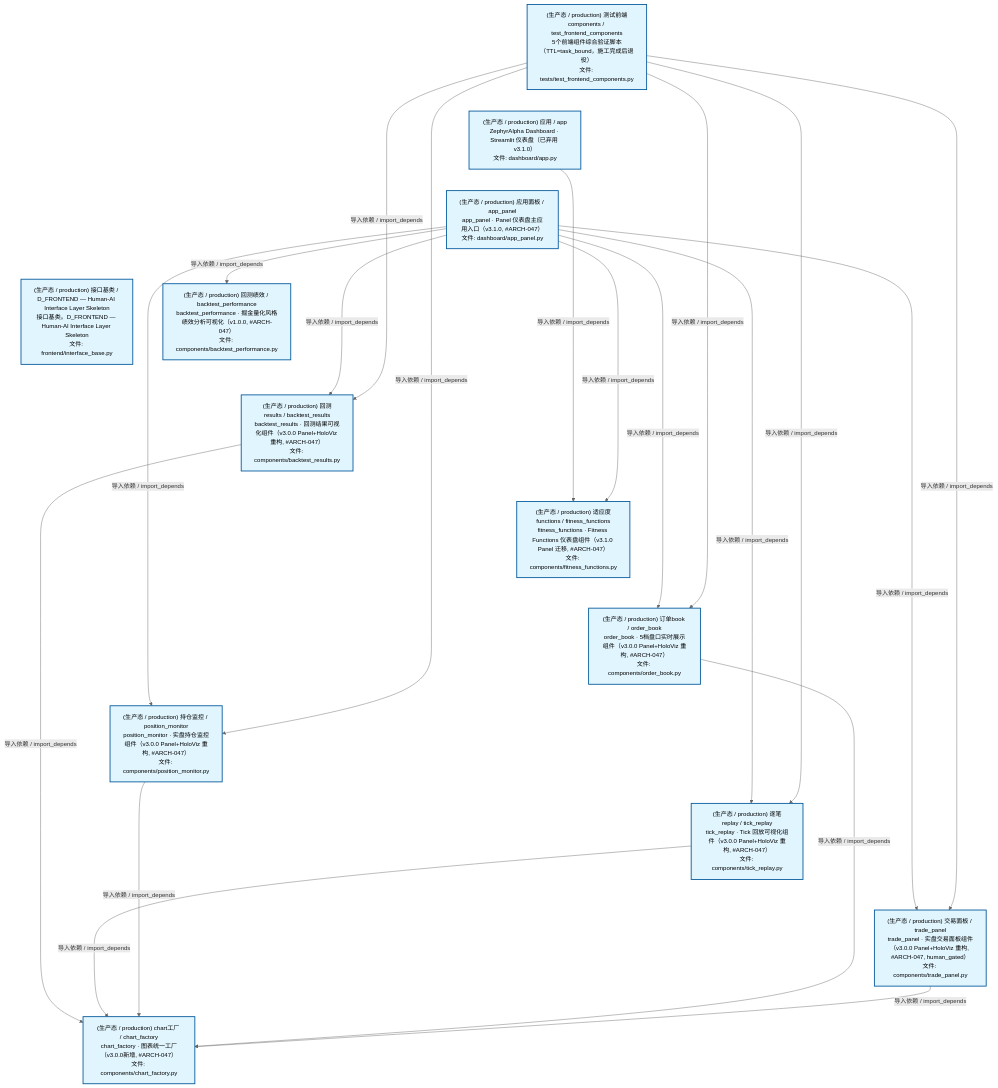
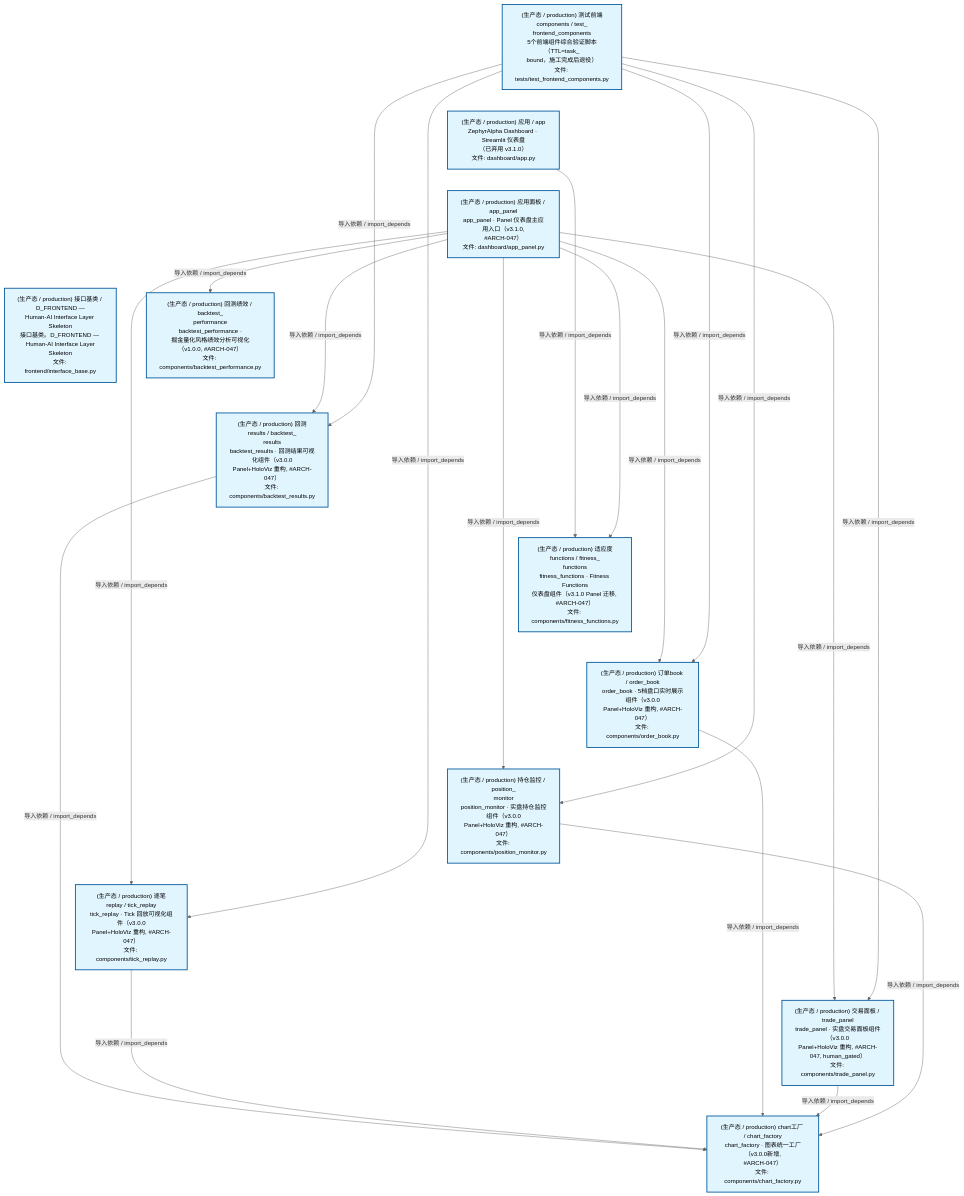
One commit to xuanFelixVan/ZephyrAlpha changed the second of 4 diagrams in docs/02_enterprise_architecture/02_domain_architecture_docs/47_d_frontend.md. Above: the diagram before and after it, drawn with Mermaid. The commit also changed other lines of this file and 61 other files, not shown here.

````diff
--- a/docs/02_enterprise_architecture/02_domain_architecture_docs/47_d_frontend.md
+++ b/docs/02_enterprise_architecture/02_domain_architecture_docs/47_d_frontend.md
@@ -124,48 +124,48 @@
 ```mermaid
 %%{init: {'theme': 'base', 'themeVariables': {'primaryColor': '#eaeaea', 'primaryTextColor': '#333333', 'primaryBorderColor': '#666666', 'lineColor': '#666666', 'secondaryColor': '#eaeaea', 'tertiaryColor': '#eaeaea', 'fontSize': '14px'}}}%%
 flowchart TD
-    scripts_tests_test_frontend_components_py["(生产态 / production) 测试前端components / test_frontend_components<br/>5个前端组件综合验证脚本（TTL=task_bound，施工完成后退役）<br/>文件: tests/test_frontend_components.py"]
-    src_zephyr_frontend_dashboard_app_py["(生产态 / production) 应用 / app<br/>ZephyrAlpha Dashboard · Streamlit 仪表盘（已弃用 v3.1.0）<br/>文件: dashboard/app.py"]
-    src_zephyr_frontend_dashboard_app_panel_py["(生产态 / production) 应用面板 / app_panel<br/>app_panel · Panel 仪表盘主应用入口（v3.1.0, #ARCH-047）<br/>文件: dashboard/app_panel.py"]
-    src_zephyr_frontend_interface_base_py["(生产态 / production) 接口基类 / D_FRONTEND — Human-AI Interface Layer Skeleton<br/>接口基类。D_FRONTEND — Human-AI Interface Layer Skeleton<br/>文件: frontend/interface_base.py"]
+    scripts_tests_test_frontend_components_py["(生产态 / production) 测试前端components / test_<br/>frontend_components<br/>5个前端组件综合验证脚本（TTL=task_<br/>bound，施工完成后退役）<br/>文件: tests/test_frontend_components.py"]
+    src_zephyr_frontend_dashboard_app_py["(生产态 / production) 应用 / app<br/>ZephyrAlpha Dashboard · Streamlit 仪表盘<br/>（已弃用 v3.1.0）<br/>文件: dashboard/app.py"]
+    src_zephyr_frontend_dashboard_app_panel_py["(生产态 / production) 应用面板 / app_panel<br/>app_panel · Panel 仪表盘主应用入口（v3.1.0,<br/>#ARCH-047）<br/>文件: dashboard/app_panel.py"]
+    src_zephyr_frontend_interface_base_py["(生产态 / production) 接口基类 / D_FRONTEND —<br/>Human-AI Interface Layer Skeleton<br/>接口基类。D_FRONTEND — Human-AI Interface Layer<br/>Skeleton<br/>文件: frontend/interface_base.py"]
     scripts_tests_test_frontend_components_py ~~~ src_zephyr_frontend_dashboard_app_py
     src_zephyr_frontend_dashboard_app_py ~~~ src_zephyr_frontend_dashboard_app_panel_py
     src_zephyr_frontend_dashboard_app_panel_py ~~~ src_zephyr_frontend_interface_base_py
-    src_zephyr_frontend_dashboard_components_backtest_performance_py["(生产态 / production) 回测绩效 / backtest_performance<br/>backtest_performance · 掘金量化风格绩效分析可视化（v1.0.0, #ARCH-047）<br/>文件: components/backtest_performance.py"]
-    src_zephyr_frontend_dashboard_components_backtest_results_py["(生产态 / production) 回测results / backtest_results<br/>backtest_results · 回测结果可视化组件（v3.0.0 Panel+HoloViz 重构, #ARCH-047）<br/>文件: components/backtest_results.py"]
-    src_zephyr_frontend_dashboard_components_fitness_functions_py["(生产态 / production) 适应度functions / fitness_functions<br/>fitness_functions · Fitness Functions 仪表盘组件（v3.1.0 Panel 迁移, #ARCH-047）<br/>文件: components/fitness_functions.py"]
-    src_zephyr_frontend_dashboard_components_order_book_py["(生产态 / production) 订单book / order_book<br/>order_book · 5档盘口实时展示组件（v3.0.0 Panel+HoloViz 重构, #ARCH-047）<br/>文件: components/order_book.py"]
-    src_zephyr_frontend_dashboard_components_position_monitor_py["(生产态 / production) 持仓监控 / position_monitor<br/>position_monitor · 实盘持仓监控组件（v3.0.0 Panel+HoloViz 重构, #ARCH-047）<br/>文件: components/position_monitor.py"]
-    src_zephyr_frontend_dashboard_components_tick_replay_py["(生产态 / production) 逐笔replay / tick_replay<br/>tick_replay · Tick 回放可视化组件（v3.0.0 Panel+HoloViz 重构, #ARCH-047）<br/>文件: components/tick_replay.py"]
-    src_zephyr_frontend_dashboard_components_trade_panel_py["(生产态 / production) 交易面板 / trade_panel<br/>trade_panel · 实盘交易面板组件（v3.0.0 Panel+HoloViz 重构, #ARCH-047, human_gated）<br/>文件: components/trade_panel.py"]
+    src_zephyr_frontend_dashboard_components_backtest_performance_py["(生产态 / production) 回测绩效 / backtest_<br/>performance<br/>backtest_performance ·<br/>掘金量化风格绩效分析可视化（v1.0.0, #ARCH-047）<br/>文件: components/backtest_performance.py"]
+    src_zephyr_frontend_dashboard_components_backtest_results_py["(生产态 / production) 回测results / backtest_<br/>results<br/>backtest_results · 回测结果可视化组件（v3.0.0<br/>Panel+HoloViz 重构, #ARCH-047）<br/>文件: components/backtest_results.py"]
+    src_zephyr_frontend_dashboard_components_fitness_functions_py["(生产态 / production) 适应度functions / fitness_<br/>functions<br/>fitness_functions · Fitness Functions<br/>仪表盘组件（v3.1.0 Panel 迁移, #ARCH-047）<br/>文件: components/fitness_functions.py"]
+    src_zephyr_frontend_dashboard_components_order_book_py["(生产态 / production) 订单book / order_book<br/>order_book · 5档盘口实时展示组件（v3.0.0<br/>Panel+HoloViz 重构, #ARCH-047）<br/>文件: components/order_book.py"]
+    src_zephyr_frontend_dashboard_components_position_monitor_py["(生产态 / production) 持仓监控 / position_<br/>monitor<br/>position_monitor · 实盘持仓监控组件（v3.0.0<br/>Panel+HoloViz 重构, #ARCH-047）<br/>文件: components/position_monitor.py"]
+    src_zephyr_frontend_dashboard_components_tick_replay_py["(生产态 / production) 逐笔replay / tick_replay<br/>tick_replay · Tick 回放可视化组件（v3.0.0<br/>Panel+HoloViz 重构, #ARCH-047）<br/>文件: components/tick_replay.py"]
+    src_zephyr_frontend_dashboard_components_trade_panel_py["(生产态 / production) 交易面板 / trade_panel<br/>trade_panel · 实盘交易面板组件（v3.0.0<br/>Panel+HoloViz 重构, #ARCH-047, human_gated）<br/>文件: components/trade_panel.py"]
     src_zephyr_frontend_dashboard_components_backtest_performance_py ~~~ src_zephyr_frontend_dashboard_components_backtest_results_py
     src_zephyr_frontend_dashboard_components_backtest_results_py ~~~ src_zephyr_frontend_dashboard_components_fitness_functions_py
     src_zephyr_frontend_dashboard_components_fitness_functions_py ~~~ src_zephyr_frontend_dashboard_components_order_book_py
     src_zephyr_frontend_dashboard_components_order_book_py ~~~ src_zephyr_frontend_dashboard_components_position_monitor_py
     src_zephyr_frontend_dashboard_components_position_monitor_py ~~~ src_zephyr_frontend_dashboard_components_tick_replay_py
     src_zephyr_frontend_dashboard_components_tick_replay_py ~~~ src_zephyr_frontend_dashboard_components_trade_panel_py
-    src_zephyr_frontend_dashboard_components_chart_factory_py["(生产态 / production) chart工厂 / chart_factory<br/>chart_factory · 图表统一工厂（v3.0.0新增, #ARCH-047）<br/>文件: components/chart_factory.py"]
+    src_zephyr_frontend_dashboard_components_chart_factory_py["(生产态 / production) chart工厂 / chart_factory<br/>chart_factory · 图表统一工厂（v3.0.0新增,<br/>#ARCH-047）<br/>文件: components/chart_factory.py"]
     src_zephyr_frontend_dashboard_app_py -->|导入依赖 / import_depends| src_zephyr_frontend_dashboard_components_fitness_functions_py
+    src_zephyr_frontend_dashboard_app_panel_py -->|导入依赖 / import_depends| src_zephyr_frontend_dashboard_components_backtest_performance_py
+    src_zephyr_frontend_dashboard_app_panel_py -->|导入依赖 / import_depends| src_zephyr_frontend_dashboard_components_backtest_results_py
     src_zephyr_frontend_dashboard_app_panel_py -->|导入依赖 / import_depends| src_zephyr_frontend_dashboard_components_fitness_functions_py
-    src_zephyr_frontend_dashboard_app_panel_py -->|导入依赖 / import_depends| src_zephyr_frontend_dashboard_components_backtest_results_py
-    src_zephyr_frontend_dashboard_app_panel_py -->|导入依赖 / import_depends| src_zephyr_frontend_dashboard_components_backtest_performance_py
     src_zephyr_frontend_dashboard_app_panel_py -->|导入依赖 / import_depends| src_zephyr_frontend_dashboard_components_tick_replay_py
-    src_zephyr_frontend_dashboard_app_panel_py -->|导入依赖 / import_depends| src_zephyr_frontend_dashboard_components_position_monitor_py
     src_zephyr_frontend_dashboard_app_panel_py -->|导入依赖 / import_depends| src_zephyr_frontend_dashboard_components_order_book_py
     src_zephyr_frontend_dashboard_app_panel_py -->|导入依赖 / import_depends| src_zephyr_frontend_dashboard_components_trade_panel_py
+    src_zephyr_frontend_dashboard_app_panel_py -->|导入依赖 / import_depends| src_zephyr_frontend_dashboard_components_position_monitor_py
     src_zephyr_frontend_dashboard_components_backtest_results_py -->|导入依赖 / import_depends| src_zephyr_frontend_dashboard_components_chart_factory_py
     src_zephyr_frontend_dashboard_components_tick_replay_py -->|导入依赖 / import_depends| src_zephyr_frontend_dashboard_components_chart_factory_py
-    src_zephyr_frontend_dashboard_components_position_monitor_py -->|导入依赖 / import_depends| src_zephyr_frontend_dashboard_components_chart_factory_py
     src_zephyr_frontend_dashboard_components_order_book_py -->|导入依赖 / import_depends| src_zephyr_frontend_dashboard_components_chart_factory_py
     src_zephyr_frontend_dashboard_components_trade_panel_py -->|导入依赖 / import_depends| src_zephyr_frontend_dashboard_components_chart_factory_py
+    src_zephyr_frontend_dashboard_components_position_monitor_py -->|导入依赖 / import_depends| src_zephyr_frontend_dashboard_components_chart_factory_py
     scripts_tests_test_frontend_components_py -->|导入依赖 / import_depends| src_zephyr_frontend_dashboard_components_backtest_results_py
     scripts_tests_test_frontend_components_py -->|导入依赖 / import_depends| src_zephyr_frontend_dashboard_components_tick_replay_py
-    scripts_tests_test_frontend_components_py -->|导入依赖 / import_depends| src_zephyr_frontend_dashboard_components_position_monitor_py
     scripts_tests_test_frontend_components_py -->|导入依赖 / import_depends| src_zephyr_frontend_dashboard_components_order_book_py
     scripts_tests_test_frontend_components_py -->|导入依赖 / import_depends| src_zephyr_frontend_dashboard_components_trade_panel_py
+    scripts_tests_test_frontend_components_py -->|导入依赖 / import_depends| src_zephyr_frontend_dashboard_components_position_monitor_py
     classDef production fill:#e1f5fe,stroke:#01579b,stroke-width:2px,color:#000
     classDef design fill:#fff3e0,stroke:#e65100,stroke-width:2px,color:#000,stroke-dasharray: 5 5
     classDef external_prod fill:#e8f4fd,stroke:#0277bd,stroke-width:1px,color:#000
     classDef external_design fill:#fff8e7,stroke:#ef6c00,stroke-width:1px,color:#000,stroke-dasharray: 5 5
     class scripts_tests_test_frontend_components_py,src_zephyr_frontend_dashboard_app_py,src_zephyr_frontend_dashboard_app_panel_py,src_zephyr_frontend_dashboard_components_backtest_performance_py,src_zephyr_frontend_dashboard_components_backtest_results_py,src_zephyr_frontend_dashboard_components_chart_factory_py,src_zephyr_frontend_dashboard_components_fitness_functions_py,src_zephyr_frontend_dashboard_components_order_book_py,src_zephyr_frontend_dashboard_components_position_monitor_py,src_zephyr_frontend_dashboard_components_tick_replay_py,src_zephyr_frontend_dashboard_components_trade_panel_py,src_zephyr_frontend_interface_base_py production
 ```
````
